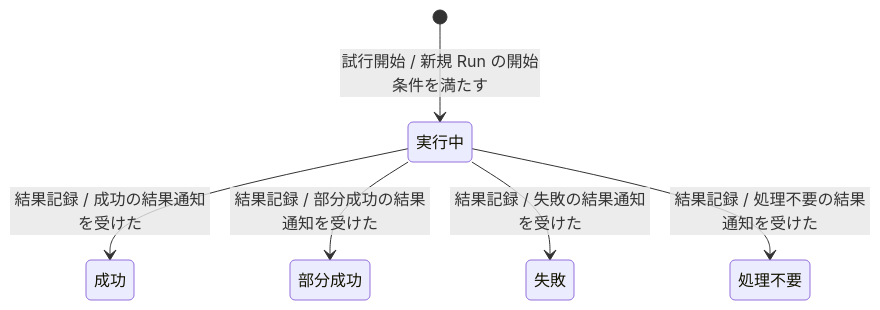
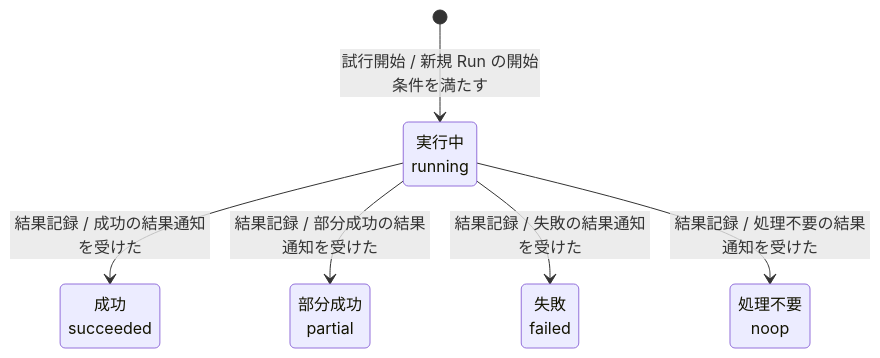
The first of 2 diagrams in docs/ja/product/010-business-specs/020-data-model/stsd-job-run.md (specdojo/specdojo), drawn with Mermaid before and after one commit. The commit also changed other lines of this file and 4 other files, not shown here.

Commit message:
exec(register PJR-66PP): stsd-job-run の冒頭と図の表示名を新しい Kata に合わせる

````diff
--- a/docs/ja/product/010-business-specs/020-data-model/stsd-job-run.md
+++ b/docs/ja/product/010-business-specs/020-data-model/stsd-job-run.md
@@ -42,13 +47,13 @@
 ```mermaid
 stateDiagram-v2
-  state "実行中" as running
-  state "成功" as succeeded
-  state "部分成功" as partial
-  state "失敗" as failed
-  state "処理不要" as noop
+  state "実行中<br>running" as running
+  state "成功<br>succeeded" as succeeded
+  state "部分成功<br>partial" as partial
+  state "失敗<br>failed" as failed
+  state "処理不要<br>noop" as noop
   [*] --> running : 試行開始 / 新規 Run の開始条件を満たす
   running --> succeeded : 結果記録 / 成功の結果通知を受けた
   running --> partial : 結果記録 / 部分成功の結果通知を受けた
   running --> failed : 結果記録 / 失敗の結果通知を受けた
   running --> noop : 結果記録 / 処理不要の結果通知を受けた
 ```
````
